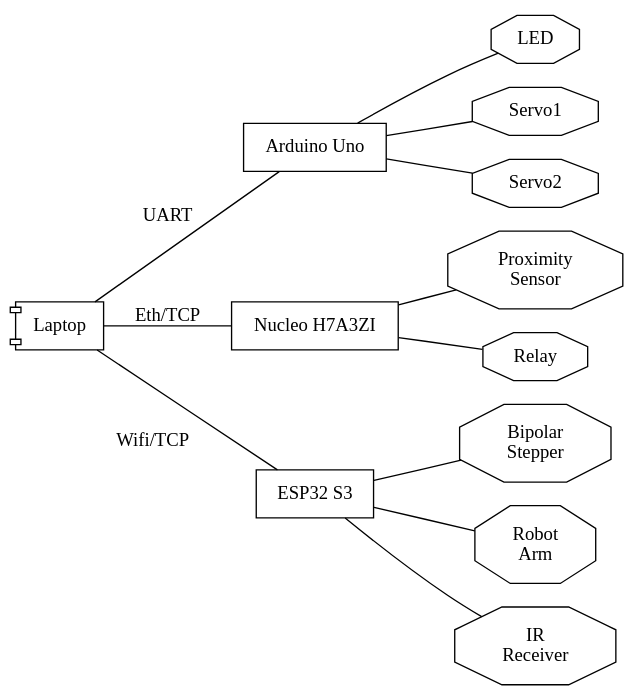
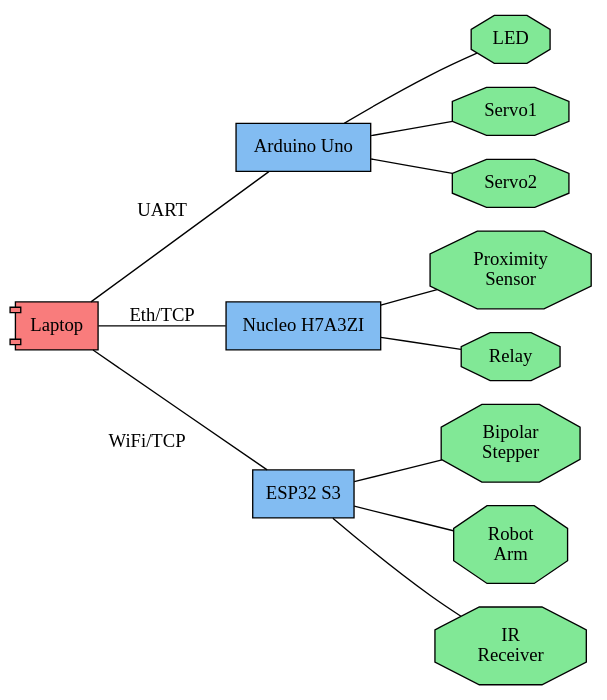
One commit to ProxyOS/documentation changed the second of 2 diagrams in source/goals.rst. Above: the diagram before and after it, drawn with Graphviz. The commit also changed other lines of this file and 1 other file, not shown here.

Commit message:
theme: customize html theme

```diff
--- a/source/goals.rst
+++ b/source/goals.rst
@@ -52,42 +53,43 @@
 .. graphviz::
   :align: center
 
   graph abstract {
     rankdir="LR"
+    node [ fontname="Lucida Grande" ]
 
     subgraph Computer {
       rank=same
-      node [ shape=component ]
+      node [ shape=component, style=filled, fillcolor="#f97c7c" ]
       pc [label="Laptop"]
     }
 
     subgraph Gateway {
       rank=same
-      node [ shape=box ]
+      node [ shape=box, style=filled, fillcolor="#82bcf2" ]
       g1 [label="Arduino Uno"]
       gx [label="Nucleo H7A3ZI"]
       gn [label="ESP32 S3"]
     }
 
     subgraph Peripheral {
       rank=same
-      node [ shape=octagon ]
+      node [ shape=octagon, style=filled, fillcolor="#81e896" ]
 
       p1   [label="LED"]
       p2   [label="Servo1"]
       p3   [label="Servo2"]
       p4   [label="Proximity\nSensor"]
       p5   [label="Relay"]
       px   [label="Bipolar\nStepper"]
       pn_1 [label="Robot\nArm"]
       pn   [label="IR\nReceiver"]
     }
 
     pc -- g1 [label="UART"]
     pc -- gx [label="Eth/TCP"]
-    pc -- gn [taillabel="Wifi/TCP", labeldistance=8]
+    pc -- gn [taillabel="WiFi/TCP", labeldistance=8]
 
     g1 -- { p1 p2 p3 }
     gx -- { p4 p5 }
     gn -- { px pn_1 pn }
   }
```
